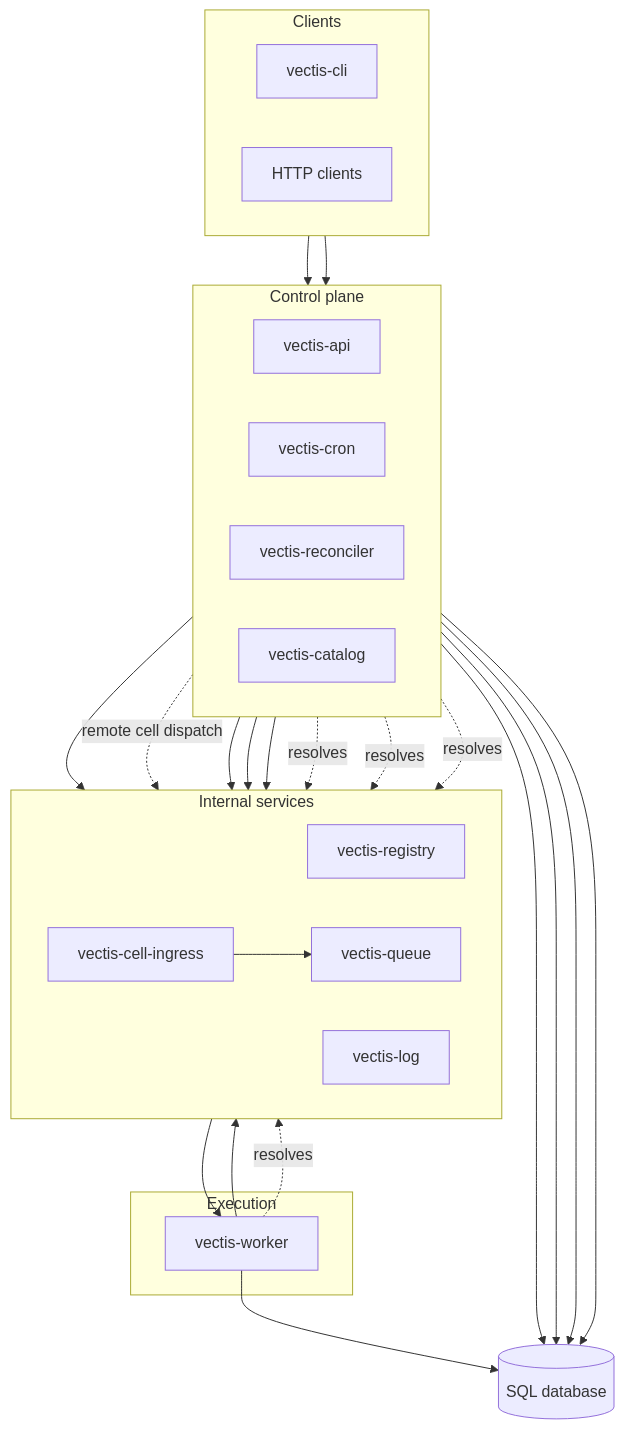
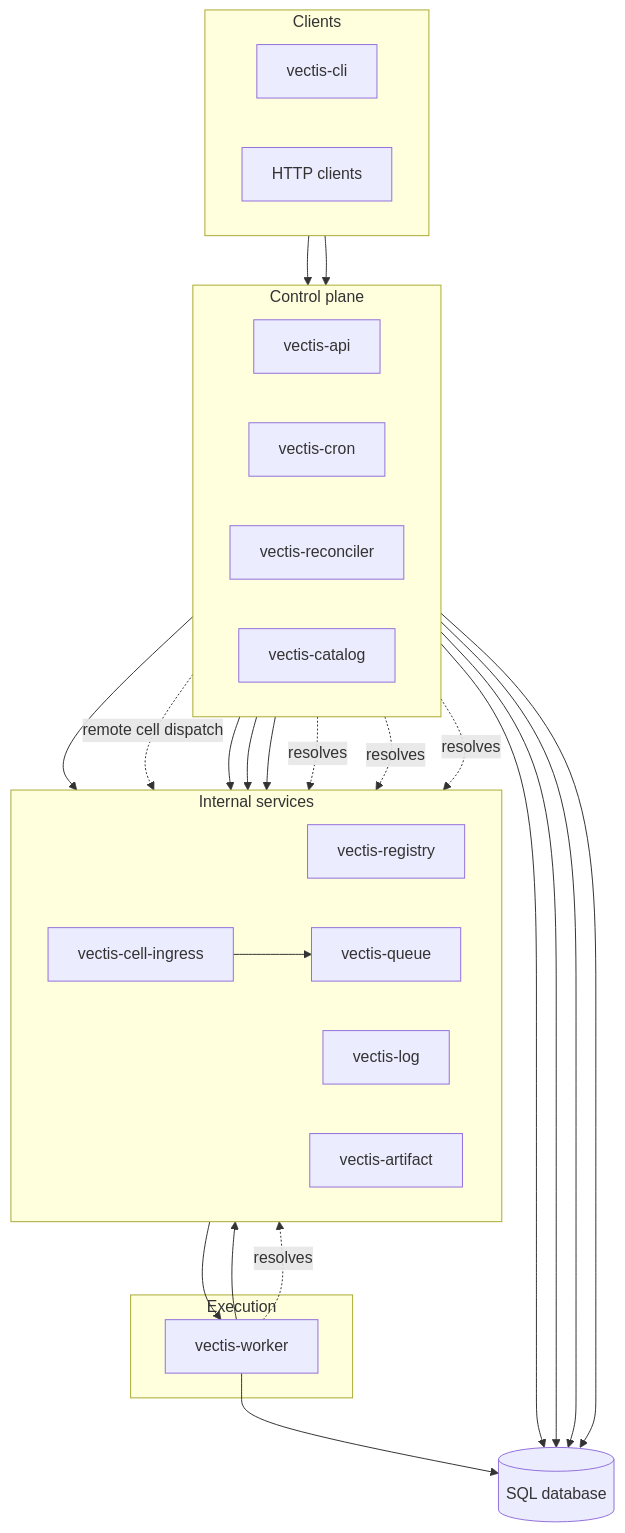
Before and after one commit to garrett-s-wininger/vectis: the diagram in website/docs/concepts/architecture.md, drawn with Mermaid. The commit also changed other lines of this file and 42 other files, not shown here.

Commit message:
feat: vectis-artifact daemon

````diff
--- a/website/docs/concepts/architecture.md
+++ b/website/docs/concepts/architecture.md
@@ -42,54 +42,55 @@
 ```mermaid
 flowchart TB
   subgraph edge [Clients]
     direction LR
     CLI["vectis-cli"]
     HTTP["HTTP clients"]
   end
 
   subgraph control [Control plane]
     direction LR
     API["vectis-api"]
     CRON["vectis-cron"]
     REC["vectis-reconciler"]
     CAT["vectis-catalog"]
   end
 
   subgraph internal [Internal services]
     direction LR
     REG["vectis-registry"]
     CING["vectis-cell-ingress"]
     Q["vectis-queue"]
     LOG["vectis-log"]
+    ART["vectis-artifact"]
   end
 
   subgraph execute [Execution]
     W["vectis-worker"]
   end
 
   DB[("SQL database")]
 
   CLI --> API
   HTTP --> API
 
   API --> DB
   CRON --> DB
   REC --> DB
   CAT --> DB
   W --> DB
 
   API --> Q
   API -. remote cell dispatch .-> CING
   CING --> Q
   CRON --> Q
   REC --> Q
   Q --> W
 
   W --> LOG
   API --> LOG
 
   API -. resolves .-> REG
   CRON -. resolves .-> REG
   REC -. resolves .-> REG
   W -. resolves .-> REG
 ```
````
